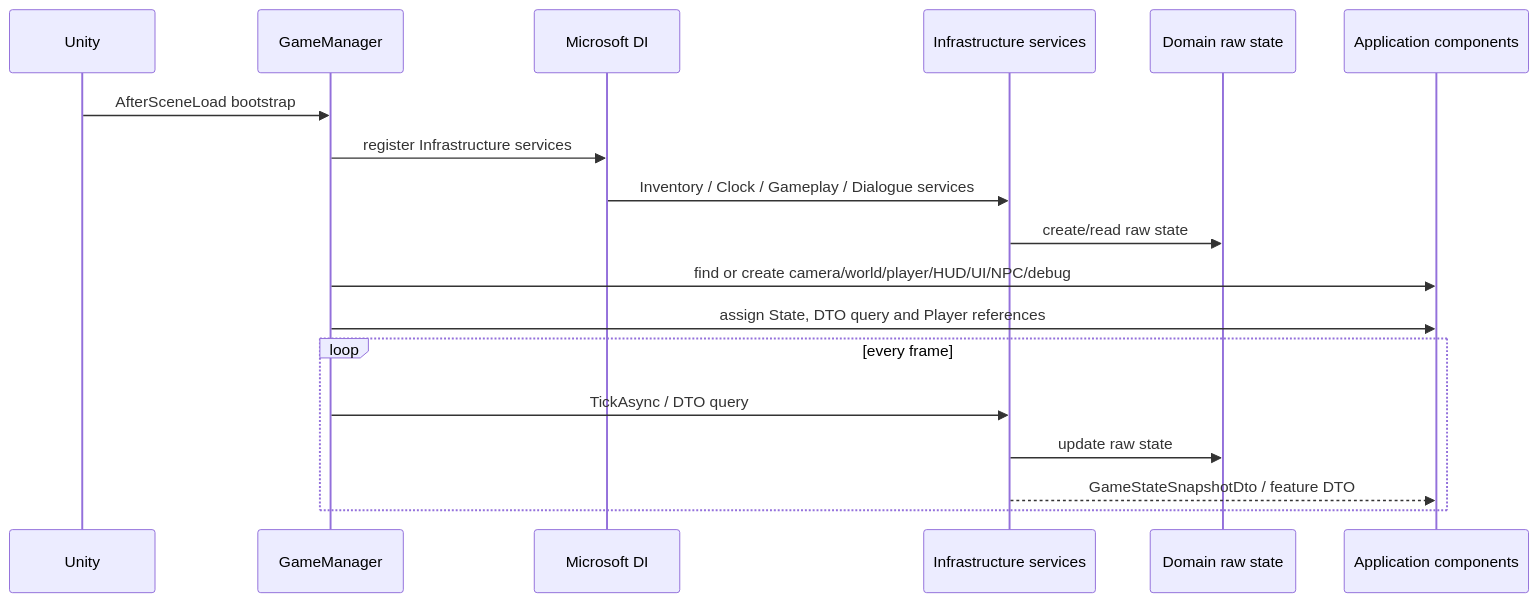
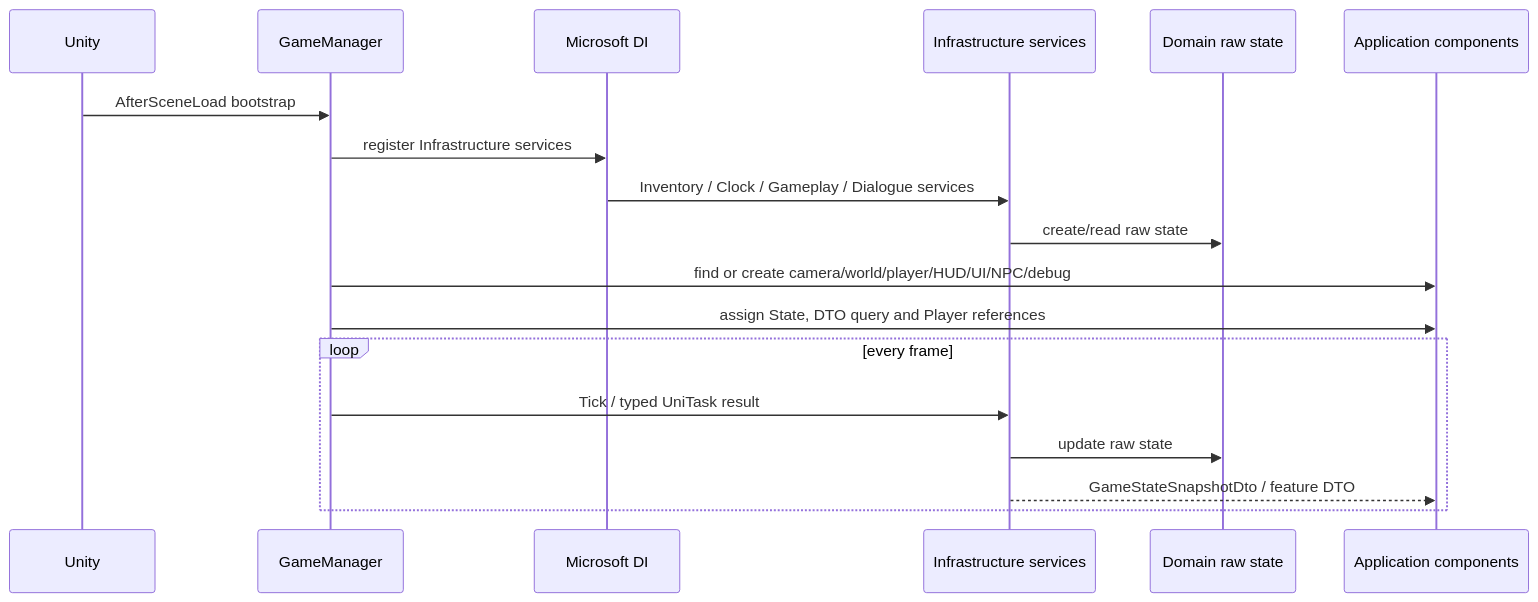
Before and after one commit to Phan-Phu/Prorotype_03: the second of 4 diagrams in ARCHITECTURE_FLOW.md, drawn with Mermaid. The commit also changed other lines of this file and 39 other files, not shown here.

Commit message:
refactor: standardize typed unitask feature flows

````diff
--- a/ARCHITECTURE_FLOW.md
+++ b/ARCHITECTURE_FLOW.md
@@ -119,21 +119,21 @@
 ```mermaid
 sequenceDiagram
     participant U as Unity
     participant G as GameManager
     participant D as Microsoft DI
     participant I as Infrastructure services
     participant S as Domain raw state
     participant C as Application components
 
     U->>G: AfterSceneLoad bootstrap
     G->>D: register Infrastructure services
     D->>I: Inventory / Clock / Gameplay / Dialogue services
     I->>S: create/read raw state
     G->>C: find or create camera/world/player/HUD/UI/NPC/debug
     G->>C: assign State, DTO query and Player references
     loop every frame
-        G->>I: TickAsync / DTO query
+        G->>I: Tick / typed UniTask result
         I->>S: update raw state
         I-->>C: GameStateSnapshotDto / feature DTO
     end
 ```
````
